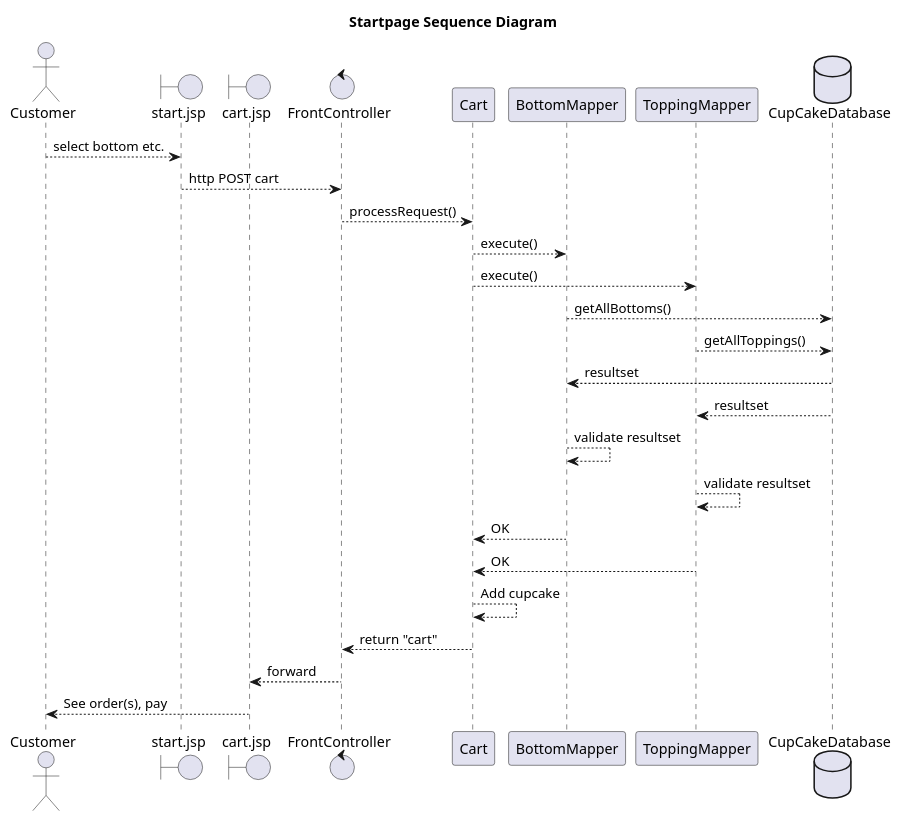
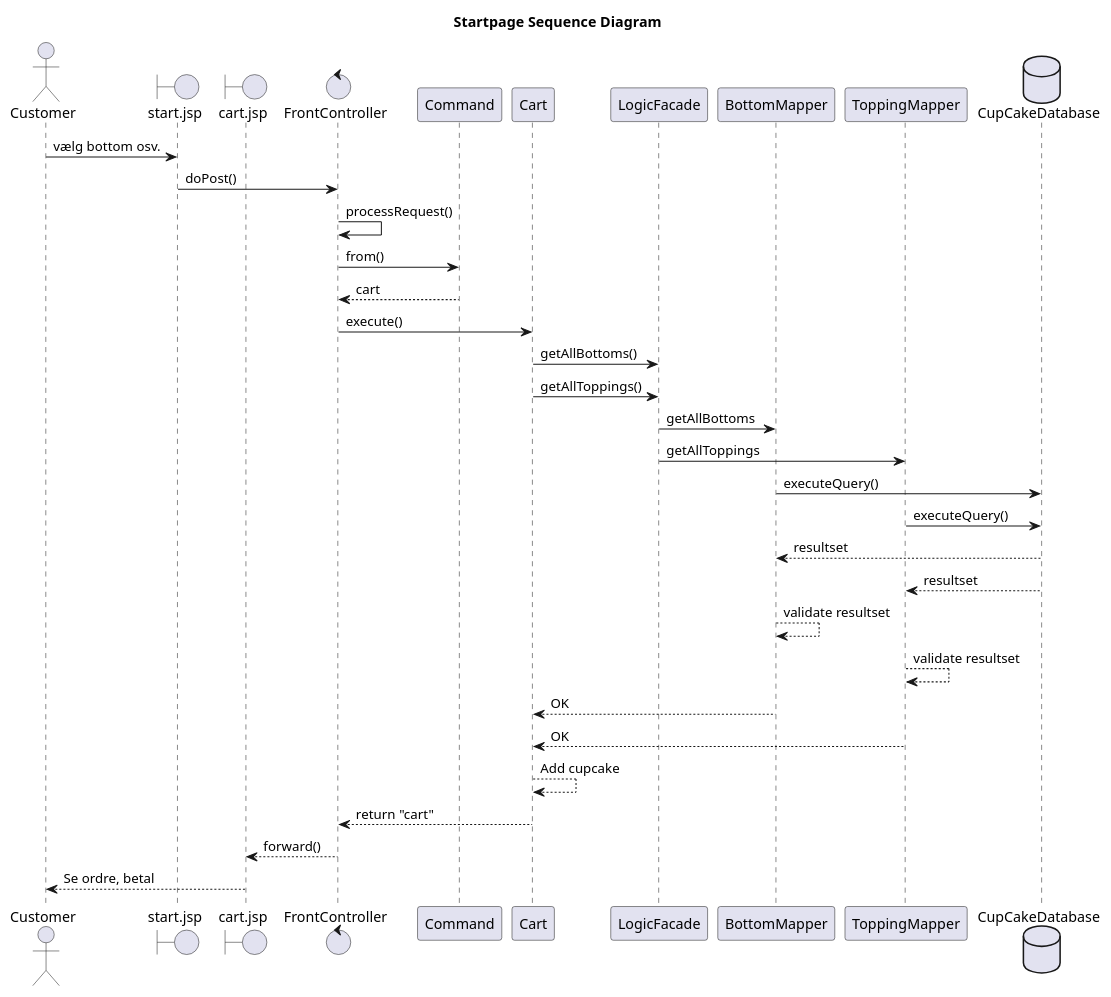
Before and after one commit to benskov95/Cupcake_Webshop: the diagram in src/main/PlantUML Diagrams/Sequence Diagrams/Startpage Sequence Diagram.puml, drawn with PlantUML. The commit also changed 2 other files, not shown here.

Commit message:
Sekvensdiagrammer tilføjet

```diff
--- a/src/main/PlantUML Diagrams/Sequence Diagrams/Startpage Sequence Diagram.puml
+++ b/src/main/PlantUML Diagrams/Sequence Diagrams/Startpage Sequence Diagram.puml
@@ -1,30 +1,37 @@
 @startuml
 title Startpage Sequence Diagram
 actor Customer
 boundary start.jsp
 boundary cart.jsp
 control FrontController
+participant Command
 participant Cart
+participant LogicFacade
 participant BottomMapper
 Participant ToppingMapper
 Database CupCakeDatabase
 
-Customer --> start.jsp : select bottom etc.
-start.jsp --> FrontController : http POST cart
-FrontController --> Cart : processRequest()
-Cart --> BottomMapper : execute()
-Cart --> ToppingMapper : execute()
-BottomMapper --> CupCakeDatabase : getAllBottoms()
-ToppingMapper --> CupCakeDatabase : getAllToppings()
+Customer -> start.jsp : vælg bottom osv.
+start.jsp -> FrontController : doPost()
+FrontController -> FrontController : processRequest()
+FrontController -> Command : from()
+Command --> FrontController : cart
+FrontController -> Cart : execute()
+Cart -> LogicFacade : getAllBottoms()
+Cart -> LogicFacade : getAllToppings()
+LogicFacade -> BottomMapper : getAllBottoms
+LogicFacade -> ToppingMapper : getAllToppings
+BottomMapper -> CupCakeDatabase : executeQuery()
+ToppingMapper -> CupCakeDatabase : executeQuery()
 CupCakeDatabase --> BottomMapper : resultset
 CupCakeDatabase --> ToppingMapper : resultset
 BottomMapper --> BottomMapper : validate resultset
 ToppingMapper --> ToppingMapper : validate resultset
 BottomMapper --> Cart : OK
 ToppingMapper --> Cart : OK
 Cart --> Cart : Add cupcake
 Cart --> FrontController : return "cart"
-FrontController --> cart.jsp : forward
-cart.jsp --> Customer : See order(s), pay
+FrontController --> cart.jsp : forward()
+cart.jsp --> Customer : Se ordre, betal
 
 @enduml
```
